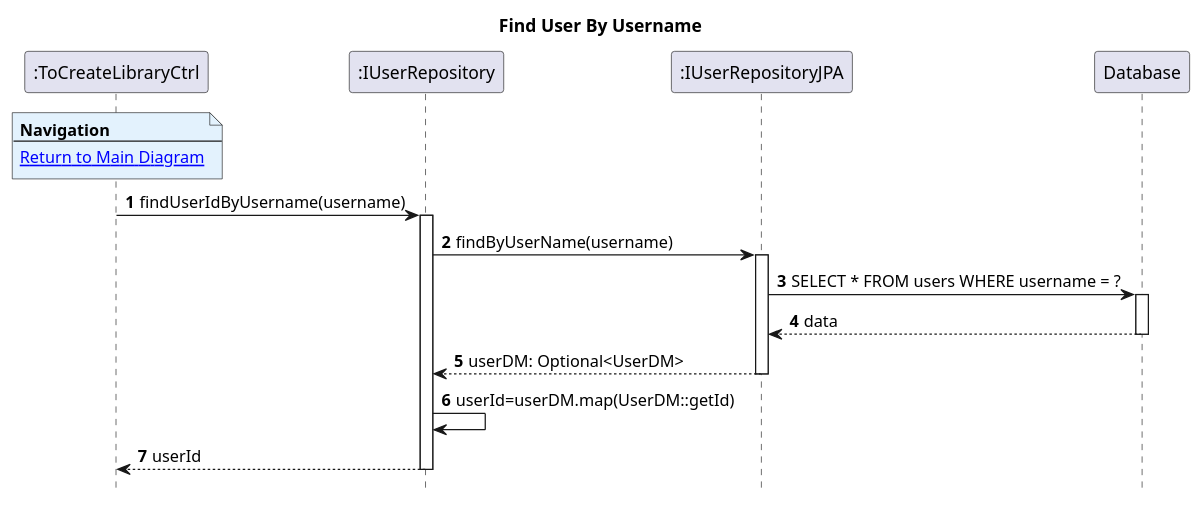
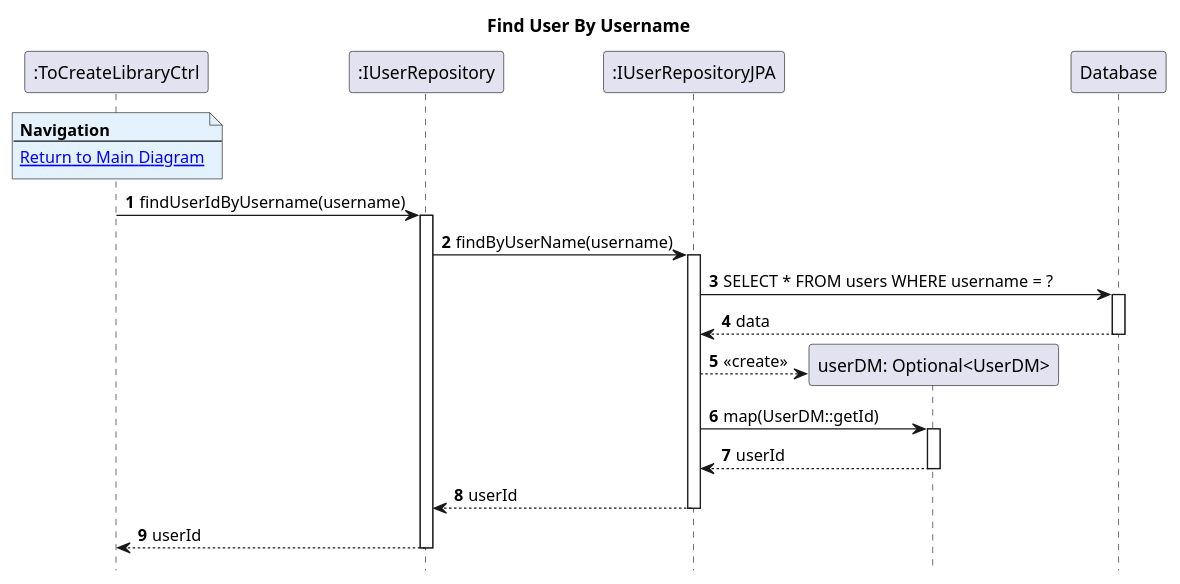
One commit to AndrePereiraGitH/SWitCH-Project-Team_A changed the diagram in Diagrams/SequenceDiagrams/N2/To-Create-Library/2.FindUserByUsername.puml. Above: the diagram before and after it, drawn with PlantUML. The commit also changed 3 other files, not shown here.

```diff
--- a/Diagrams/SequenceDiagrams/N2/To-Create-Library/2.FindUserByUsername.puml
+++ b/Diagrams/SequenceDiagrams/N2/To-Create-Library/2.FindUserByUsername.puml
@@ -1,36 +1,41 @@
 @startuml
 hide footbox
 autonumber
 title Find User By Username
 
 participant ":ToCreateLibraryCtrl" as Ctrl
 participant ":IUserRepository" as userRepo
 participant ":IUserRepositoryJPA" as userJpa
+participant "userDM: Optional<UserDM>" as userDM
 participant "Database" as db
 
 note over Ctrl #E3F2FD
 <b>Navigation</b>
 ---
 [[1.MainDiagram.puml Return to Main Diagram]]
 end note
 
 Ctrl -> userRepo: findUserIdByUsername(username)
 activate userRepo
 
 userRepo -> userJpa: findByUserName(username)
 activate userJpa
 
 userJpa -> db: SELECT * FROM users WHERE username = ?
 activate db
 db --> userJpa: data
 deactivate db
 
-userJpa --> userRepo: userDM: Optional<UserDM>
+userJpa --> userDM**: <<create>>
+userJpa -> userDM: map(UserDM::getId)
+activate userDM
+userDM --> userJpa: userId
+deactivate userDM
+
+userJpa --> userRepo: userId
 deactivate userJpa
-
-userRepo -> userRepo: userId=userDM.map(UserDM::getId)
 
 userRepo --> Ctrl: userId
 deactivate userRepo
 
 @enduml
```
